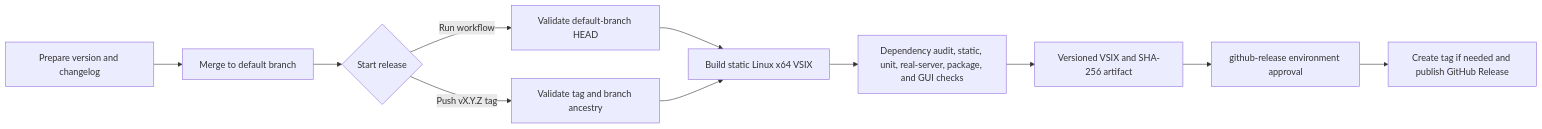
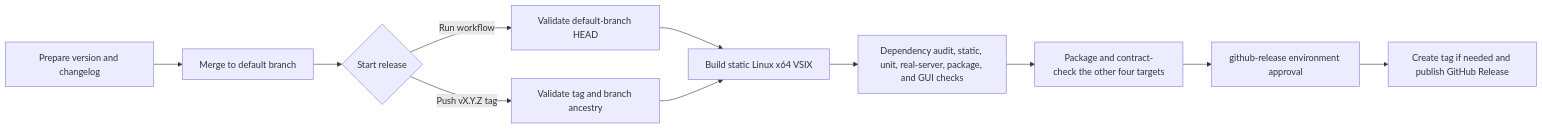
One commit to klcheungaj/vscode-hdlsupport changed the diagram in doc/releasing.md. Above: the diagram before and after it, drawn with Mermaid. The commit also changed other lines of this file and 1 other file, not shown here.

First line of the commit message:
Publish a VSIX for every supported target in releases

````diff
--- a/doc/releasing.md
+++ b/doc/releasing.md
@@ -50,13 +52,13 @@
 ```mermaid
 flowchart LR
     A[Prepare version and changelog] --> B[Merge to default branch]
     B --> C{Start release}
     C -->|Run workflow| D[Validate default-branch HEAD]
     C -->|Push vX.Y.Z tag| E[Validate tag and branch ancestry]
     D --> F[Build static Linux x64 VSIX]
     E --> F
     F --> G[Dependency audit, static, unit, real-server, package, and GUI checks]
-    G --> H[Versioned VSIX and SHA-256 artifact]
+    G --> H[Package and contract-check the other four targets]
     H --> I[github-release environment approval]
     I --> J[Create tag if needed and publish GitHub Release]
 ```
````
